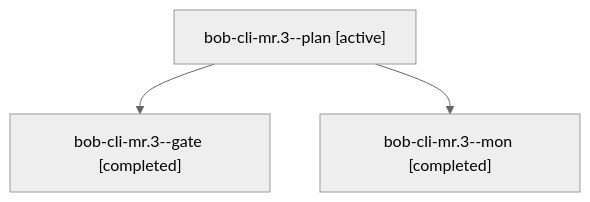
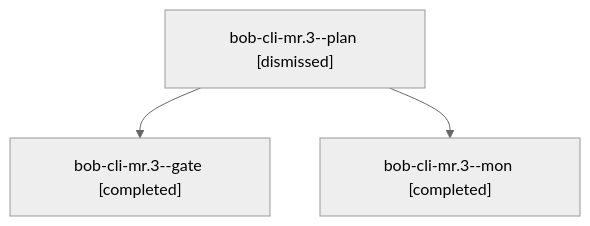
The diagram in sessions/bbugyi200.athena.bob-cli-mr.3.md (bobs-org/bob-cli--agents), drawn with Mermaid (neutral theme) before and after one commit. The commit also changed other lines of this file and 49 other files, not shown here.

````diff
--- a/sessions/bbugyi200.athena.bob-cli-mr.3.md
+++ b/sessions/bbugyi200.athena.bob-cli-mr.3.md
@@ -9,8 +9,8 @@
 ```mermaid
 flowchart TD
-  n0["bob-cli-mr.3--plan [active]"]
+  n0["bob-cli-mr.3--plan [dismissed]"]
   n1["bob-cli-mr.3--gate [completed]"]
   n0 --> n1
   n2["bob-cli-mr.3--mon [completed]"]
   n0 --> n2
 ```
````
